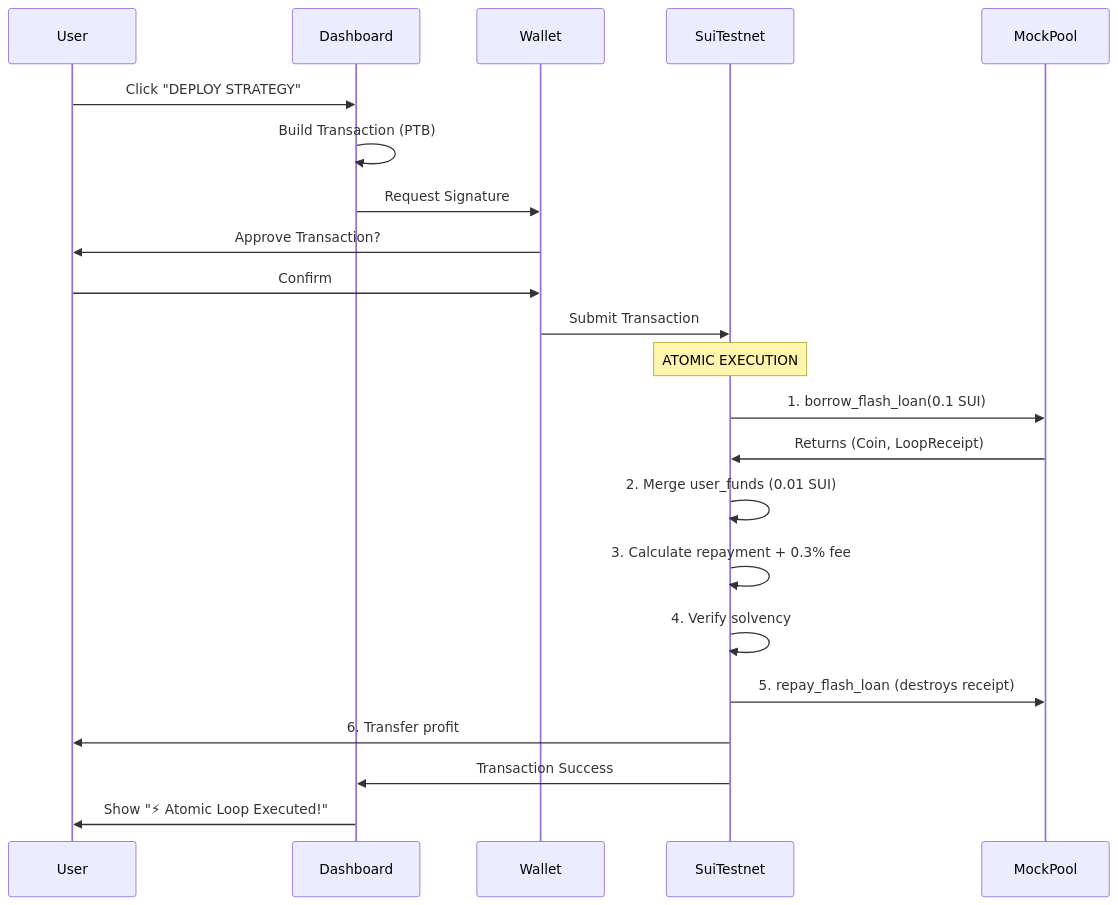
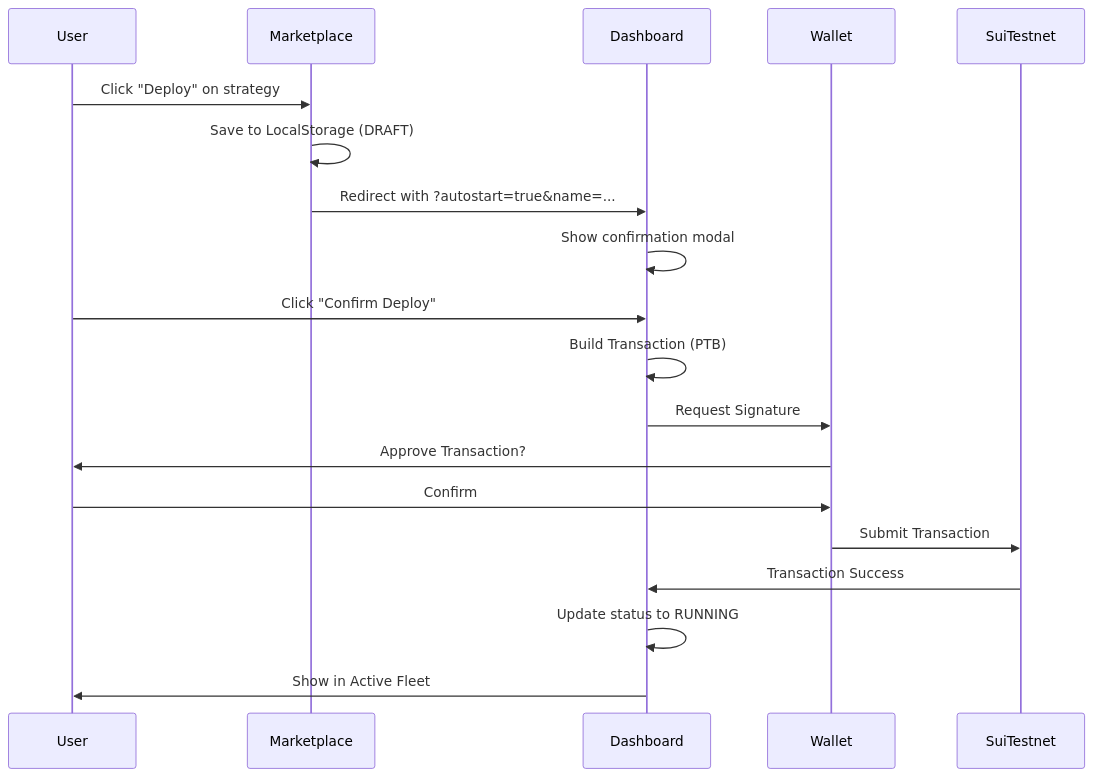
One commit to Eras256/Sui-Loop changed the first of 2 diagrams in TECHNICAL_DOCUMENTATION.md. Above: the diagram before and after it, drawn with Mermaid. The commit also changed other lines of this file and 2 other files, not shown here.

````diff
--- a/TECHNICAL_DOCUMENTATION.md
+++ b/TECHNICAL_DOCUMENTATION.md
@@ -317,27 +396,22 @@
 ```mermaid
 sequenceDiagram
     participant User
+    participant Marketplace
     participant Dashboard
     participant Wallet
     participant SuiTestnet
-    participant MockPool
 
-    User->>Dashboard: Click "DEPLOY STRATEGY"
+    User->>Marketplace: Click "Deploy" on strategy
+    Marketplace->>Marketplace: Save to LocalStorage (DRAFT)
+    Marketplace->>Dashboard: Redirect with ?autostart=true&name=...
+    Dashboard->>Dashboard: Show confirmation modal
+    User->>Dashboard: Click "Confirm Deploy"
     Dashboard->>Dashboard: Build Transaction (PTB)
     Dashboard->>Wallet: Request Signature
     Wallet->>User: Approve Transaction?
     User->>Wallet: Confirm
     Wallet->>SuiTestnet: Submit Transaction
-    
-    Note over SuiTestnet: ATOMIC EXECUTION
-    SuiTestnet->>MockPool: 1. borrow_flash_loan(0.1 SUI)
-    MockPool->>SuiTestnet: Returns (Coin, LoopReceipt)
-    SuiTestnet->>SuiTestnet: 2. Merge user_funds (0.01 SUI)
-    SuiTestnet->>SuiTestnet: 3. Calculate repayment + 0.3% fee
-    SuiTestnet->>SuiTestnet: 4. Verify solvency
-    SuiTestnet->>MockPool: 5. repay_flash_loan (destroys receipt)
-    SuiTestnet->>User: 6. Transfer profit
-    
     SuiTestnet->>Dashboard: Transaction Success
-    Dashboard->>User: Show "⚡ Atomic Loop Executed!"
+    Dashboard->>Dashboard: Update status to RUNNING
+    Dashboard->>User: Show in Active Fleet
 ```
````
